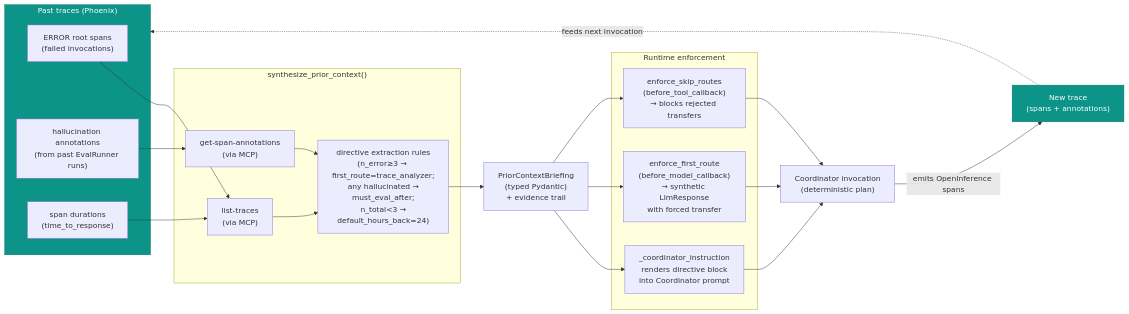
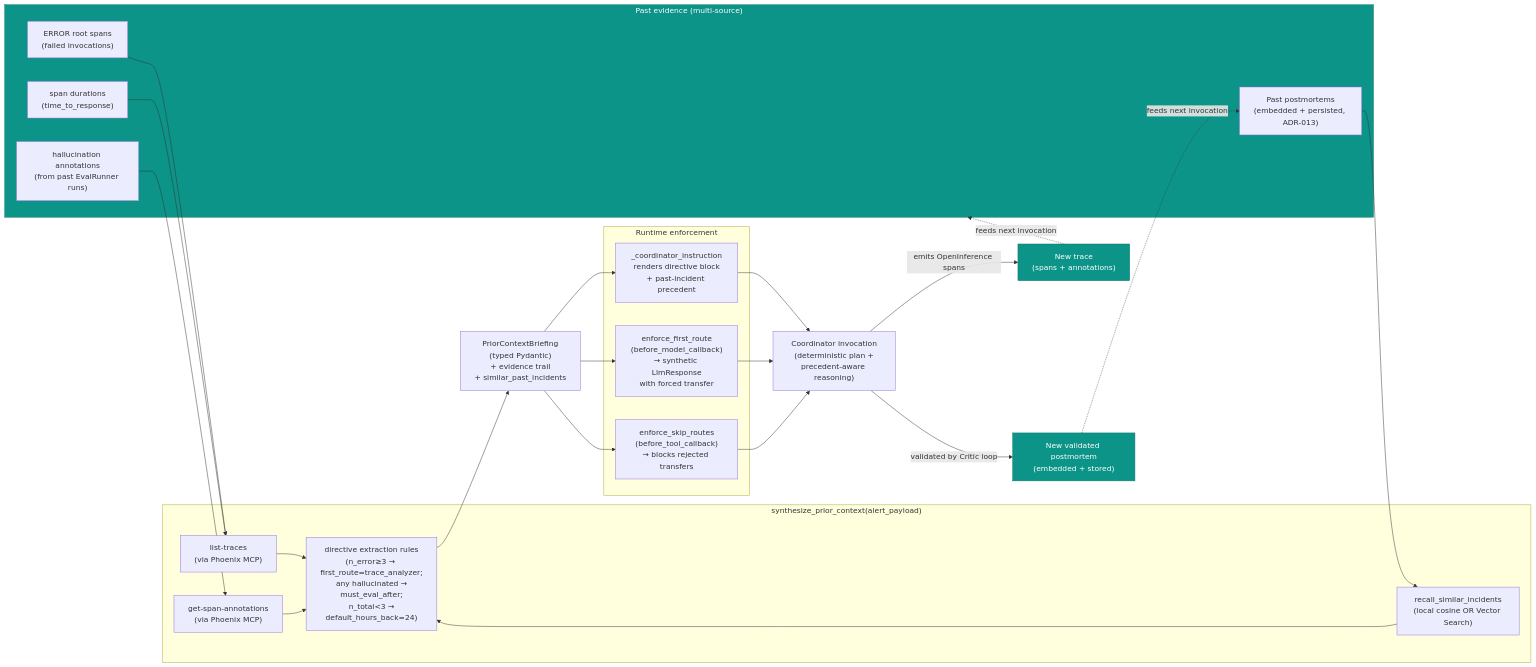
One commit to malakazlan/sentinel-agent changed the third of 4 diagrams in docs/architecture.md. Above: the diagram before and after it, drawn with Mermaid. The commit also changed other lines of this file, not shown here.

Commit message:
docs(architecture): refresh diagrams + component map for Phase 7 (8 sub-agents, memory, multi-MCP, critic loop, 221 tests)

````diff
--- a/docs/architecture.md
+++ b/docs/architecture.md
@@ -149,46 +224,53 @@
 ```mermaid
 flowchart LR
-    subgraph Past["Past traces (Phoenix)"]
+    subgraph Past["Past evidence (multi-source)"]
         Errs["ERROR root spans<br/>(failed invocations)"]
         Halluc["hallucination annotations<br/>(from past EvalRunner runs)"]
         Latency["span durations<br/>(time_to_response)"]
+        PMStore["Past postmortems<br/>(embedded + persisted, ADR-013)"]
     end
 
-    subgraph Synth["synthesize_prior_context()"]
-        Q1["list-traces<br/>(via MCP)"]
-        Q2["get-span-annotations<br/>(via MCP)"]
+    subgraph Synth["synthesize_prior_context(alert_payload)"]
+        Q1["list-traces<br/>(via Phoenix MCP)"]
+        Q2["get-span-annotations<br/>(via Phoenix MCP)"]
+        Q3["recall_similar_incidents<br/>(local cosine OR Vector Search)"]
         Rules["directive extraction rules<br/>(n_error≥3 → first_route=trace_analyzer;<br/> any hallucinated → must_eval_after;<br/> n_total<3 → default_hours_back=24)"]
         Q1 --> Rules
         Q2 --> Rules
+        Q3 --> Rules
     end
 
-    Briefing["PriorContextBriefing<br/>(typed Pydantic)<br/>+ evidence trail"]
+    Briefing["PriorContextBriefing<br/>(typed Pydantic)<br/>+ evidence trail<br/>+ similar_past_incidents"]
 
     subgraph Enforce["Runtime enforcement"]
-        IP["_coordinator_instruction<br/>renders directive block<br/>into Coordinator prompt"]
+        IP["_coordinator_instruction<br/>renders directive block<br/>+ past-incident precedent"]
         EFR["enforce_first_route<br/>(before_model_callback)<br/>→ synthetic LlmResponse<br/>with forced transfer"]
         ESR["enforce_skip_routes<br/>(before_tool_callback)<br/>→ blocks rejected transfers"]
     end
 
-    NewRun["Coordinator invocation<br/>(deterministic plan)"]
+    NewRun["Coordinator invocation<br/>(deterministic plan +<br/>precedent-aware reasoning)"]
     NewTrace["New trace<br/>(spans + annotations)"]
+    NewPM["New validated postmortem<br/>(embedded + stored)"]
 
     Errs --> Q1
     Latency --> Q1
     Halluc --> Q2
+    PMStore --> Q3
 
     Rules --> Briefing
     Briefing --> IP
     Briefing --> EFR
     Briefing --> ESR
 
     IP --> NewRun
     EFR --> NewRun
     ESR --> NewRun
 
     NewRun -->|emits OpenInference spans| NewTrace
+    NewRun -->|validated by Critic loop| NewPM
     NewTrace -.feeds next invocation.-> Past
+    NewPM -.feeds next invocation.-> PMStore
 
     classDef loop fill:#0d9488,stroke:#0a7269,color:#fff;
-    class NewTrace,Past loop;
+    class NewTrace,NewPM,Past loop;
 ```
````
